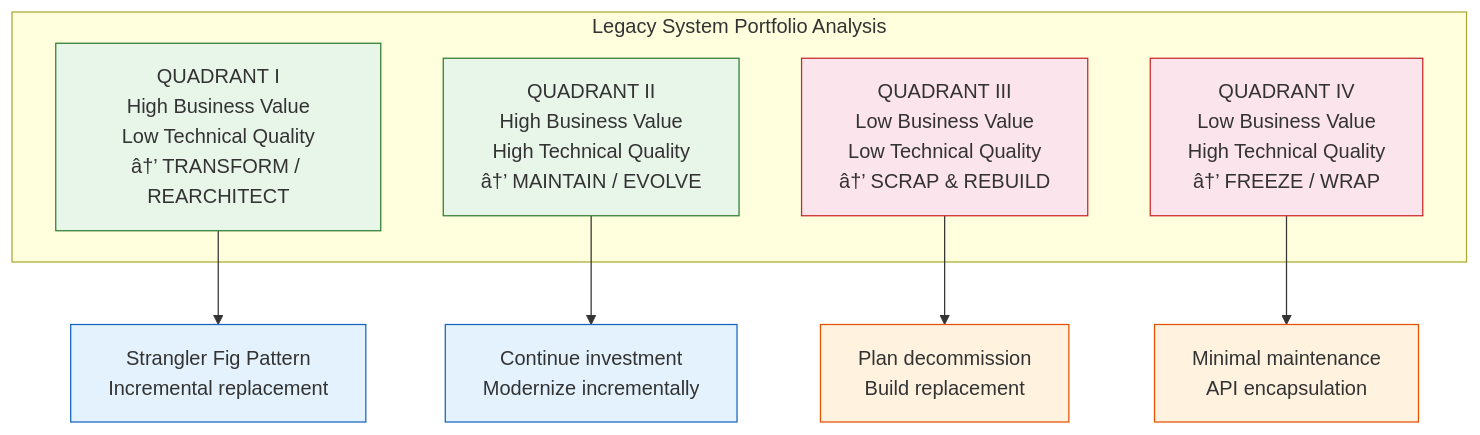
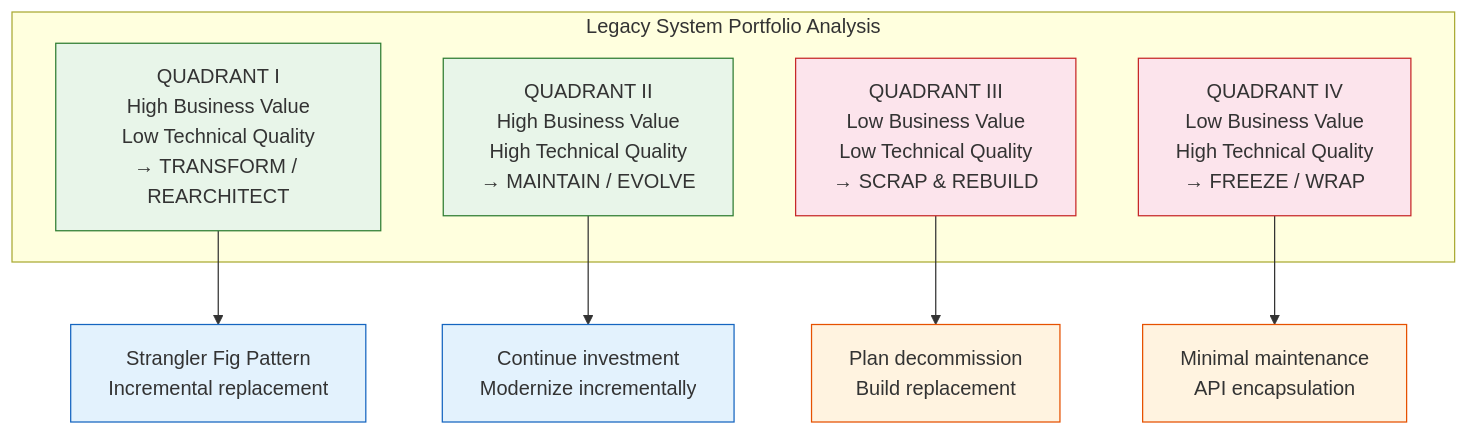
The fourth of 5 diagrams in docs/courses/software-engineering/07-software-evolution.md (Raushan666java/ai-engineering-journey), drawn with Mermaid before and after one commit. The commit also changed other lines of this file and 965 other files, not shown here.

````diff
--- a/docs/courses/software-engineering/07-software-evolution.md
+++ b/docs/courses/software-engineering/07-software-evolution.md
@@ -512,19 +512,19 @@
 ```mermaid
 graph TD
     classDef highVal fill:#e8f5e9,stroke:#2e7d32
     classDef lowVal fill:#fce4ec,stroke:#c62828
     classDef highQual fill:#e3f2fd,stroke:#1565c0
     classDef lowQual fill:#fff3e0,stroke:#e65100
 
     subgraph "Legacy System Portfolio Analysis"
-        Q1[QUADRANT I<br>High Business Value<br>Low Technical Quality<br>â†’ TRANSFORM / REARCHITECT]:::highVal
-        Q2[QUADRANT II<br>High Business Value<br>High Technical Quality<br>â†’ MAINTAIN / EVOLVE]:::highVal
-        Q3[QUADRANT III<br>Low Business Value<br>Low Technical Quality<br>â†’ SCRAP & REBUILD]:::lowVal
-        Q4[QUADRANT IV<br>Low Business Value<br>High Technical Quality<br>â†’ FREEZE / WRAP]:::lowVal
+        Q1[QUADRANT I<br>High Business Value<br>Low Technical Quality<br>→ TRANSFORM / REARCHITECT]:::highVal
+        Q2[QUADRANT II<br>High Business Value<br>High Technical Quality<br>→ MAINTAIN / EVOLVE]:::highVal
+        Q3[QUADRANT III<br>Low Business Value<br>Low Technical Quality<br>→ SCRAP & REBUILD]:::lowVal
+        Q4[QUADRANT IV<br>Low Business Value<br>High Technical Quality<br>→ FREEZE / WRAP]:::lowVal
     end
     
     Q1 --> STR1[Strangler Fig Pattern<br>Incremental replacement]:::highQual
     Q2 --> STR2[Continue investment<br>Modernize incrementally]:::highQual
     Q3 --> STR3[Plan decommission<br>Build replacement]:::lowQual
     Q4 --> STR4[Minimal maintenance<br>API encapsulation]:::lowQual
 ```
````
